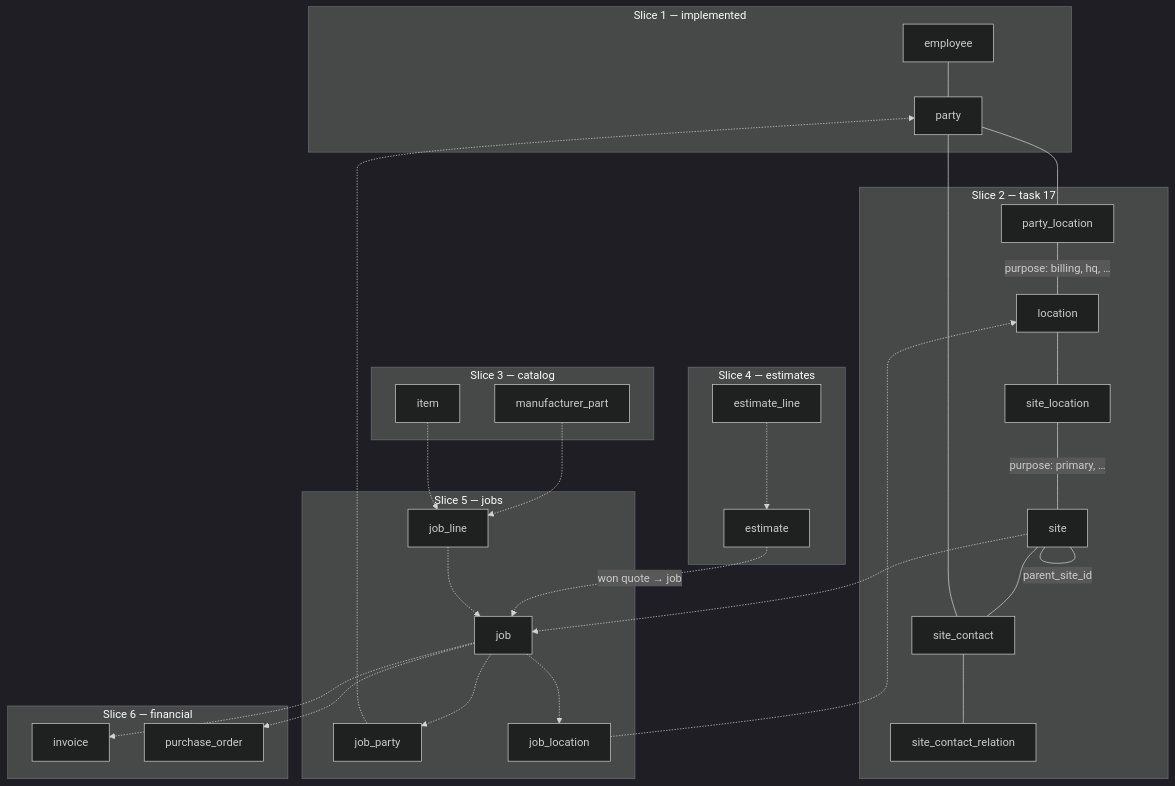
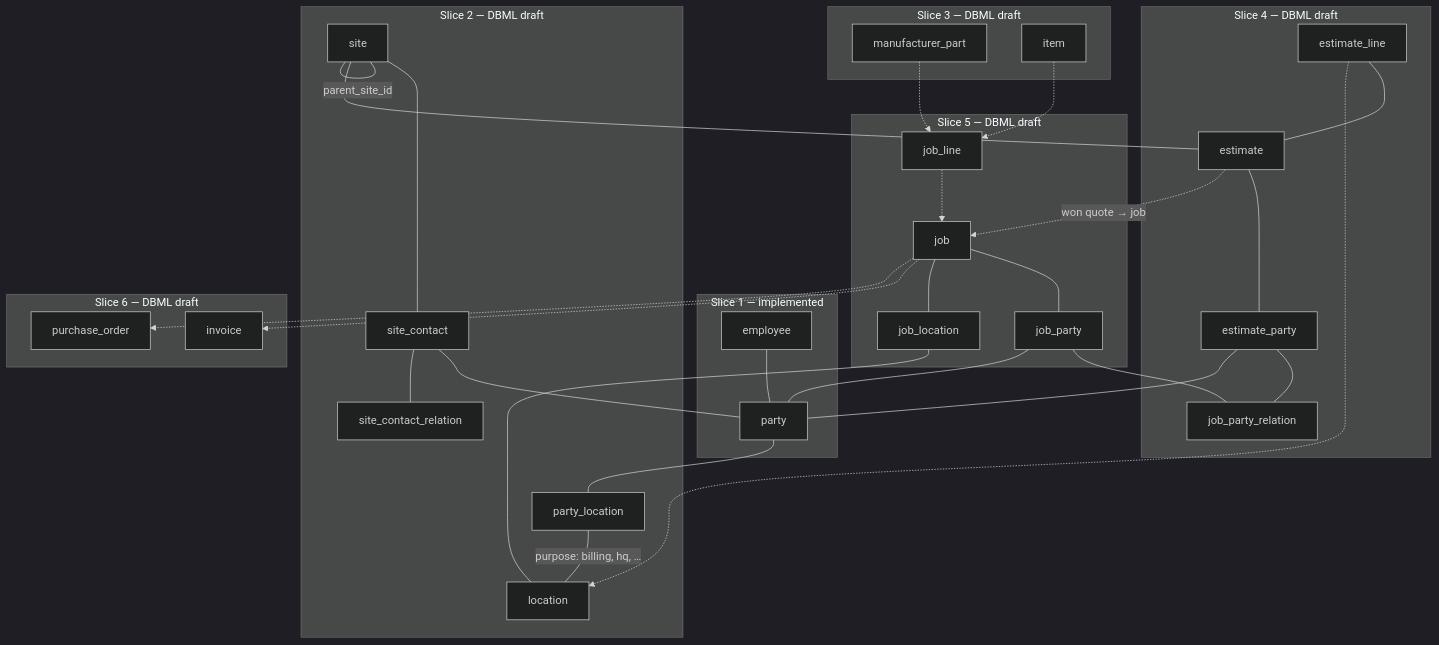
The second of 2 diagrams in apps/subhub/docs/architecture.md (rebischoff/latch), drawn with Mermaid (dark theme) before and after one commit. The commit also changed other lines of this file and 15 other files, not shown here.

First line of the commit message:
Update SubHub documentation for schema design and site migration tasks

````diff
--- a/apps/subhub/docs/architecture.md
+++ b/apps/subhub/docs/architecture.md
@@ -92,61 +113,65 @@
 ```mermaid
 flowchart TB
   subgraph slice1["Slice 1 — implemented"]
     party
     employee
   end
 
-  subgraph slice2["Slice 2 — task 17"]
+  subgraph slice2["Slice 2 — DBML draft"]
     location
     site
     party_location
-    site_location
     scr["site_contact_relation"]
     sc["site_contact"]
   end
 
-  subgraph slice3["Slice 3 — catalog"]
+  subgraph slice3["Slice 3 — DBML draft"]
     part["manufacturer_part"]
     item
   end
 
-  subgraph slice4["Slice 4 — estimates"]
+  subgraph slice4["Slice 4 — DBML draft"]
+    jpr["job_party_relation"]
     estimate
+    est_party["estimate_party"]
     est_line["estimate_line"]
   end
 
-  subgraph slice5["Slice 5 — jobs"]
+  subgraph slice5["Slice 5 — DBML draft"]
     job
     job_party
     job_location
     job_line
   end
 
-  subgraph slice6["Slice 6 — financial"]
+  subgraph slice6["Slice 6 — DBML draft"]
     invoice
     po["purchase_order"]
   end
 
   party --- party_location
   party_location ---|"purpose: billing, hq, …"| location
-  location --- site_location
-  site_location ---|"purpose: primary, …"| site
-  site ---|parent_site_id| site
   site --- sc
   sc --- party
   sc --- scr
 
-  site -.-> job
-  job -.-> job_party
-  job_party -.-> party
-  job -.-> job_location
-  job_location -.-> location
+  site ---|parent_site_id| site
+  site --- estimate
+  estimate --- est_party
+  est_party --- jpr
+  est_party --- party
+  est_line --- estimate
+  est_line -.-> location
   estimate -.->|"won quote → job"| job
-  est_line -.-> estimate
+  job --- job_party
+  job_party --- jpr
+  job_party --- party
+  job --- job_location
+  job_location --- location
   part -.-> job_line
   item -.-> job_line
   job_line -.-> job
   job -.-> invoice
   job -.-> po
   employee --- party
 ```
````
